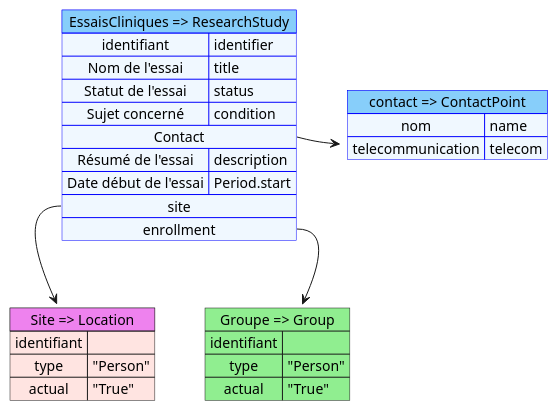
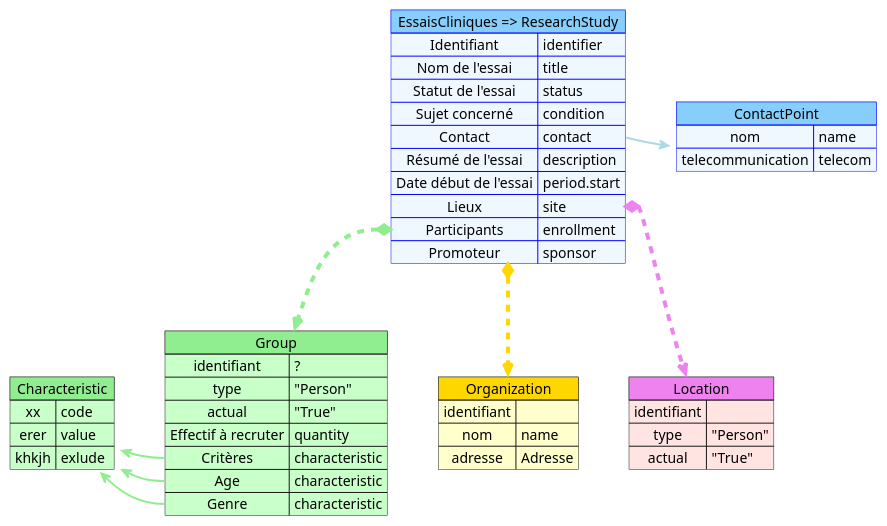
One commit to ansforge/essais-cliniques changed the diagram in input/images-source/mapping.plantuml. Above: the diagram before and after it, drawn with PlantUML. The commit also changed 1 other file, not shown here.

```diff
--- a/input/images-source/mapping.plantuml
+++ b/input/images-source/mapping.plantuml
@@ -1,33 +1,61 @@
 @startuml mappingResearchStudy
 
-map "Site => Location" as Location #back:MistyRose;header:Violet {
+
+map "ContactPoint" as contact #back:AliceBlue;header:LightSkyBlue;line:blue {
+    nom => name
+    telecommunication => telecom
+}
+
+map "Group" as Group #back:TECHNOLOGY;header:LightGreen {
+    identifiant => ?
+    type => "Person"
+    actual => "True"
+    Effectif à recruter => quantity
+    Critères => characteristic
+    Age => characteristic
+    Genre => characteristic
+}
+
+map "Characteristic" as characteristic #back:TECHNOLOGY;header:LightGreen {
+    xx => code
+    erer => value
+    khkjh => exlude
+}
+
+map "Organization" as Organization #back:BUSINESS;header:Gold {
+    identifiant =>
+    nom => name
+    adresse => Adresse
+    
+}
+
+map "Location" as Location #back:MistyRose;header:Violet {
     identifiant =>
     type => "Person"
     actual => "True"
 }
 
-map "Groupe => Group" as Group #back:LightGreen;header:LightGreen {
-    identifiant =>
-    type => "Person"
-    actual => "True"
+map "EssaisCliniques => ResearchStudy" as RS #back:AliceBlue;header:LightSkyBlue;line:blue {
+    Identifiant => identifier
+    Nom de l'essai => title 
+    Statut de l'essai => status 
+    Sujet concerné => condition
+    Contact => contact
+    Résumé de l'essai => description
+    Date début de l'essai => period.start
+    Lieux => site
+    Participants => enrollment
+    Promoteur => sponsor
 }
 
 
-map "contact => ContactPoint" as contact #back:AliceBlue;header:LightSkyBlue;line:blue {
-    nom => name
-    telecommunication => telecom
-}
+RS::Lieux *-[#Violet,dashed,thickness=4]-> Location
+RS::Participants *-[#LightGreen,dashed,thickness=4]-> Group 
+RS::Promoteur *-[#Gold,dashed,thickness=4]-> Organization
+RS::Contact -[#lightBlue,thickness=2]> contact
 
-map "EssaisCliniques => ResearchStudy" as RS #back:AliceBlue;header:LightSkyBlue;line:blue {
-    identifiant => identifier
-    Nom de l'essai => title 
-    Statut de l'essai => status 
-    Sujet concerné => condition
-    Contact *-> contact
-    Résumé de l'essai => description
-    Date début de l'essai => Period.start
-    site *--> Location
-    enrollment *--> Group
-}
+Group::Critères -left[#LightGreen,thickness=2]> characteristic
+Group::Age -left[#LightGreen,thickness=2]> characteristic
+Group::Genre -left[#LightGreen,thickness=2]> characteristic
 
 @enduml
```
